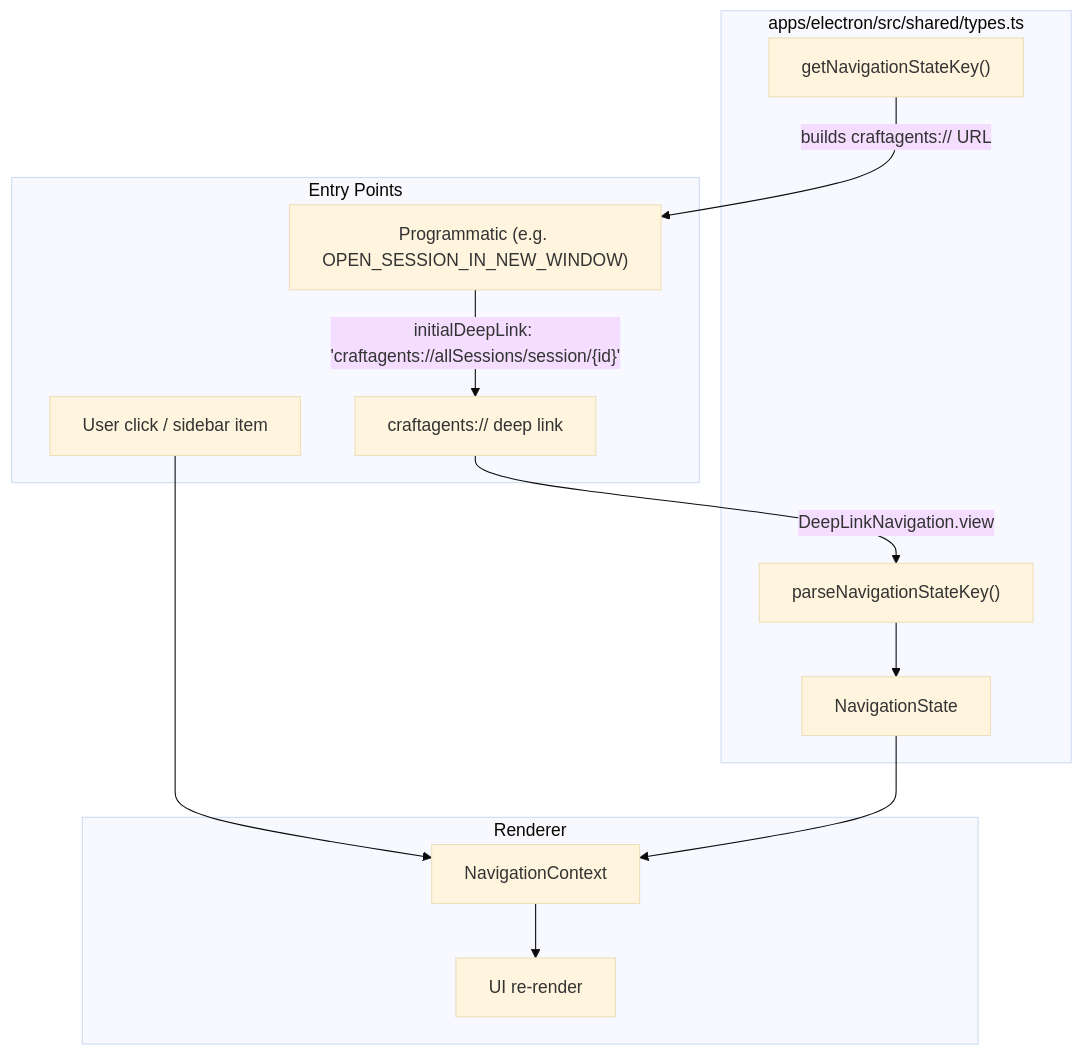
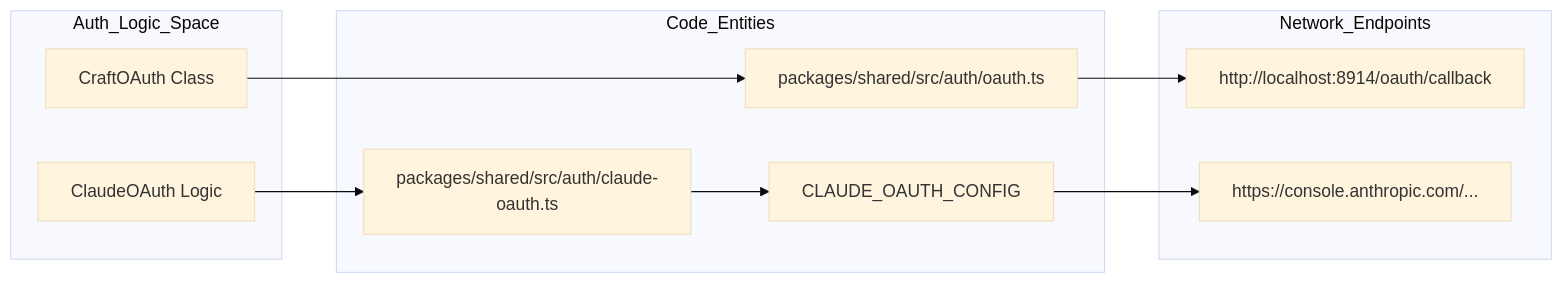
Before and after one commit to blackcater/zentree: the second of 2 diagrams in docs/lukilabs_craft-agents-oss/api-reference/deep-link-urls.md, drawn with Mermaid (base theme). The commit also changed other lines of this file and 232 other files, not shown here.

````diff
--- a/docs/lukilabs_craft-agents-oss/api-reference/deep-link-urls.md
+++ b/docs/lukilabs_craft-agents-oss/api-reference/deep-link-urls.md
@@ -222,27 +88,24 @@
 ```mermaid
-graph TB
-    subgraph "Entry Points"
-        DL["craftagents:// deep link"]
-        UI["User click / sidebar item"]
-        PROG["Programmatic (e.g. OPEN_SESSION_IN_NEW_WINDOW)"]
+graph LR
+    subgraph "Auth_Logic_Space"
+        CO["CraftOAuth Class"]
+        CL["ClaudeOAuth Logic"]
     end
 
-    subgraph "apps/electron/src/shared/types.ts"
-        PNSK["parseNavigationStateKey()"]
-        GNSK["getNavigationStateKey()"]
-        NS["NavigationState"]
+    subgraph "Code_Entities"
+        M1["packages/shared/src/auth/oauth.ts"]
+        M2["packages/shared/src/auth/claude-oauth.ts"]
+        CF["CLAUDE_OAUTH_CONFIG"]
     end
 
-    subgraph "Renderer"
-        NC["NavigationContext"]
-        RENDER["UI re-render"]
+    subgraph "Network_Endpoints"
+        LS["http://localhost:8914/oauth/callback"]
+        CR["https://console.anthropic.com/..."]
     end
 
-    DL -->|"DeepLinkNavigation.view"| PNSK
-    UI --> NC
-    PROG -->|"initialDeepLink: 'craftagents://allSessions/session/{id}'"| DL
-    GNSK -->|"builds craftagents:// URL"| PROG
-    PNSK --> NS
-    NS --> NC
-    NC --> RENDER
+    CO --> M1
+    CL --> M2
+    M2 --> CF
+    M1 --> LS
+    CF --> CR
 ```
````
